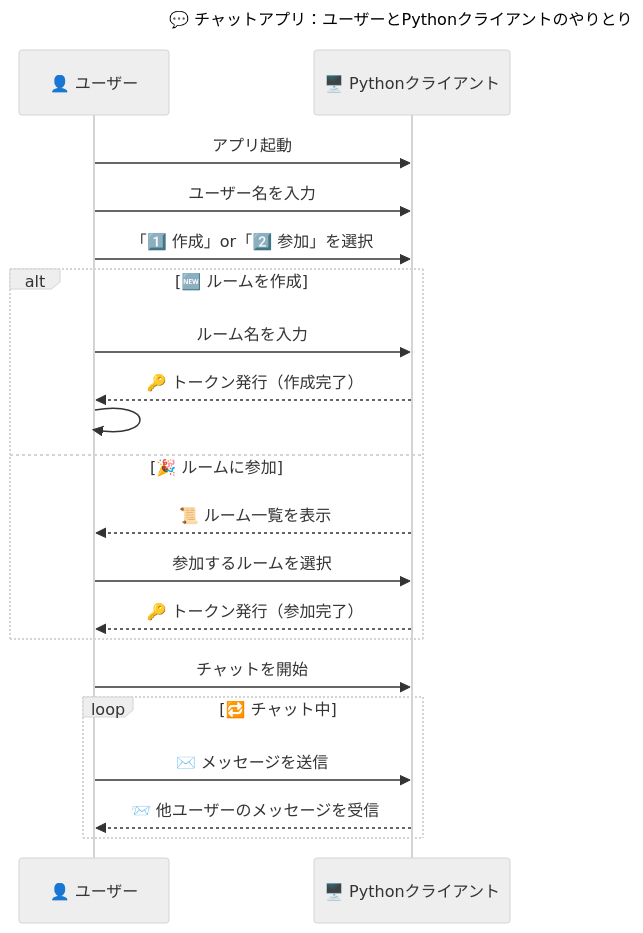
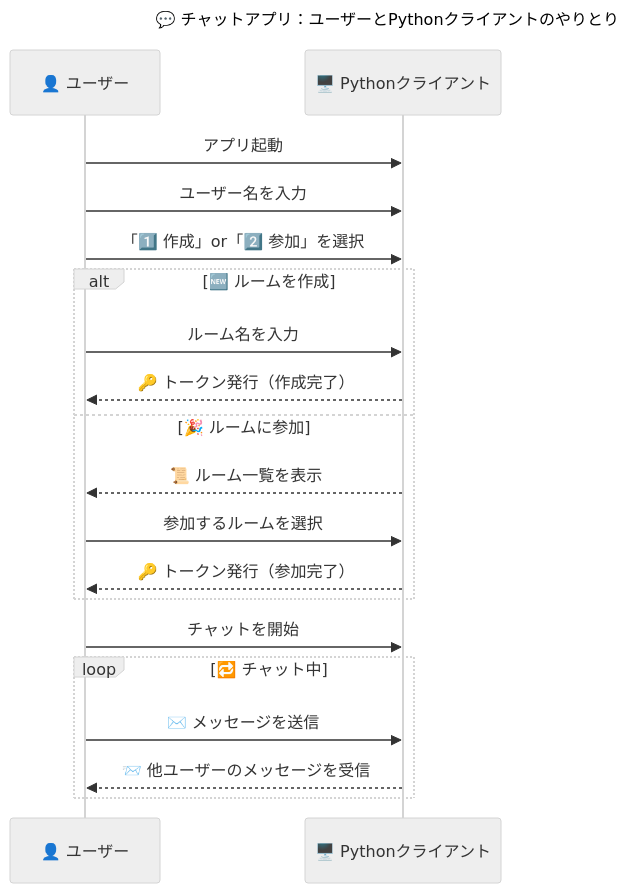
The first of 3 diagrams in README.md (BackendExplorer/Tenshin), drawn with Mermaid (neutral theme) before and after one commit.

````diff
--- a/README.md
+++ b/README.md
@@ -1,35 +1,31 @@
 ```mermaid
 sequenceDiagram
     title 💬 チャットアプリ：ユーザーとPythonクライアントのやりとり
 
     participant ユーザー as 👤 ユーザー
     participant クライアント as 🖥️ Pythonクライアント
 
     %% === 🚀 起動フェーズ ===
     ユーザー->>クライアント: アプリ起動
     ユーザー->>クライアント: ユーザー名を入力
     ユーザー->>クライアント: 「1️⃣ 作成」or「2️⃣ 参加」を選択
 
     %% === 🏠 ルーム選択フェーズ ===
     alt 🆕 ルームを作成
         ユーザー->>クライアント: ルーム名を入力
         クライアント-->>ユーザー: 🔑 トークン発行（作成完了）
-
-        %% ダミーの不可視メッセージで余白を作る
-        ユーザー->>ユーザー: 
-
     else 🎉 ルームに参加
         クライアント-->>ユーザー: 📜 ルーム一覧を表示
         ユーザー->>クライアント: 参加するルームを選択
         クライアント-->>ユーザー: 🔑 トークン発行（参加完了）
     end
 
     %% === 💬 チャットフェーズ ===
     ユーザー->>クライアント: チャットを開始
 
     loop 🔁 チャット中
         ユーザー->>クライアント: ✉️ メッセージを送信
         クライアント-->>ユーザー: 📨 他ユーザーのメッセージを受信
     end
 
 ```
````
